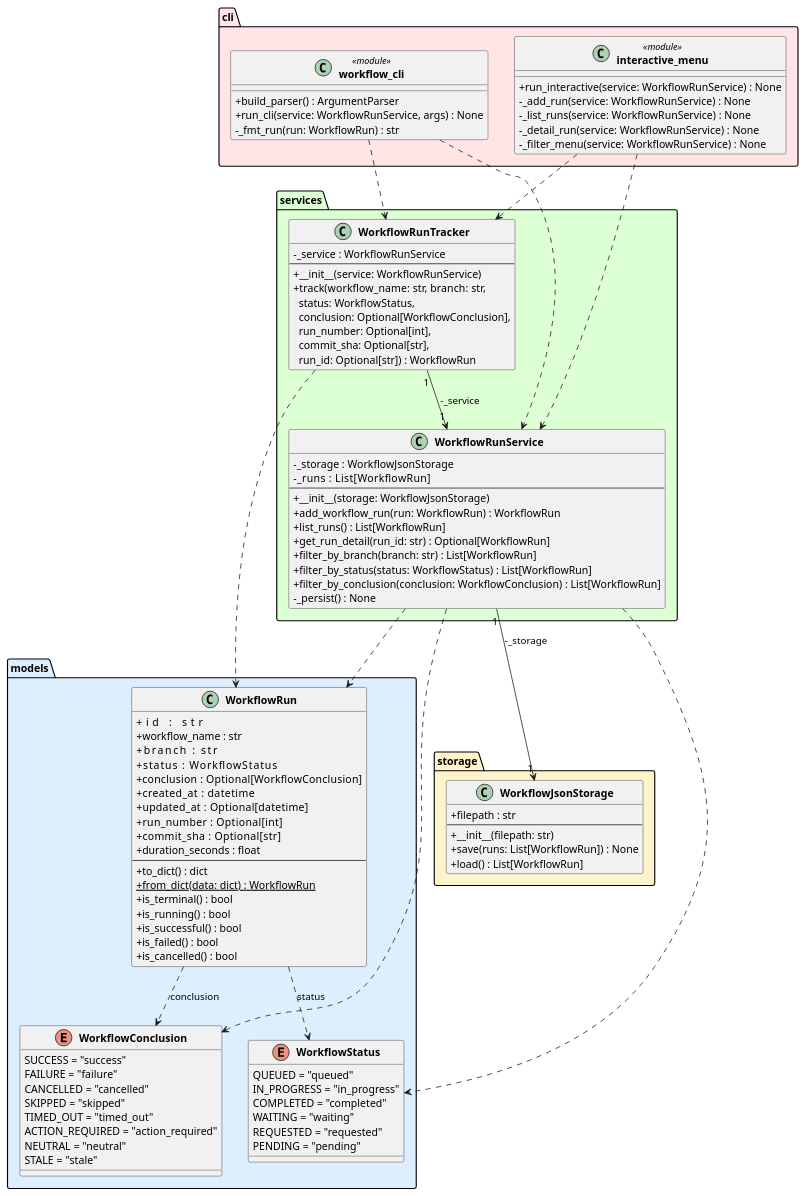
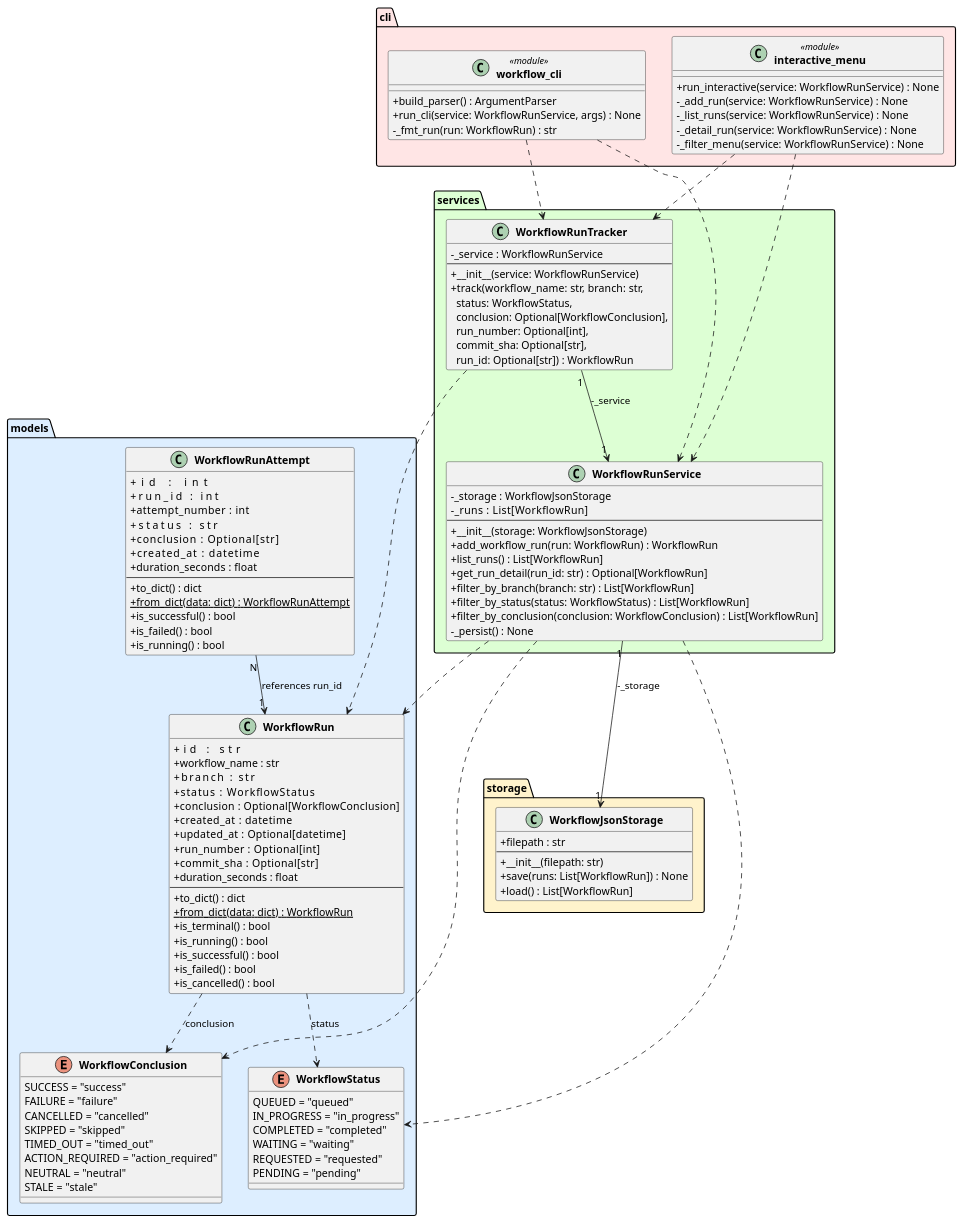
One commit to DanielRiha8906/Software_autoevolution_using_agents changed the diagram in experiments/supervisor_as_tools/structured_text/github-workflow-manager/artifacts/class_diagram.puml. Above: the diagram before and after it, drawn with PlantUML. The commit also changed 4 other files, not shown here.

First line of the commit message:
task 03 | Create WorkflowRunAttempt class with serialization

```diff
--- a/experiments/supervisor_as_tools/structured_text/github-workflow-manager/artifacts/class_diagram.puml
+++ b/experiments/supervisor_as_tools/structured_text/github-workflow-manager/artifacts/class_diagram.puml
@@ -1,111 +1,128 @@
 @startuml class_diagram
 
 skinparam classAttributeIconSize 0
 skinparam classFontStyle bold
 
 package "models" #DDEEFF {
     enum WorkflowStatus {
         QUEUED = "queued"
         IN_PROGRESS = "in_progress"
         COMPLETED = "completed"
         WAITING = "waiting"
         REQUESTED = "requested"
         PENDING = "pending"
     }
 
     enum WorkflowConclusion {
         SUCCESS = "success"
         FAILURE = "failure"
         CANCELLED = "cancelled"
         SKIPPED = "skipped"
         TIMED_OUT = "timed_out"
         ACTION_REQUIRED = "action_required"
         NEUTRAL = "neutral"
         STALE = "stale"
     }
 
     class WorkflowRun {
         +id            : str
         +workflow_name : str
         +branch        : str
         +status        : WorkflowStatus
         +conclusion    : Optional[WorkflowConclusion]
         +created_at    : datetime
         +updated_at    : Optional[datetime]
         +run_number    : Optional[int]
         +commit_sha    : Optional[str]
         +duration_seconds : float
         --
         +to_dict() : dict
         +{static} from_dict(data: dict) : WorkflowRun
         +is_terminal() : bool
         +is_running() : bool
         +is_successful() : bool
         +is_failed() : bool
         +is_cancelled() : bool
+    }
+
+    class WorkflowRunAttempt {
+        +id                : int
+        +run_id            : int
+        +attempt_number    : int
+        +status            : str
+        +conclusion        : Optional[str]
+        +created_at        : datetime
+        +duration_seconds  : float
+        --
+        +to_dict() : dict
+        +{static} from_dict(data: dict) : WorkflowRunAttempt
+        +is_successful() : bool
+        +is_failed() : bool
+        +is_running() : bool
     }
 }
 
 package "storage" #FFF3CC {
     class WorkflowJsonStorage {
         +filepath : str
         --
         +__init__(filepath: str)
         +save(runs: List[WorkflowRun]) : None
         +load() : List[WorkflowRun]
     }
 }
 
 package "services" #DDFFD4 {
     class WorkflowRunService {
         -_storage : WorkflowJsonStorage
         -_runs    : List[WorkflowRun]
         --
         +__init__(storage: WorkflowJsonStorage)
         +add_workflow_run(run: WorkflowRun) : WorkflowRun
         +list_runs() : List[WorkflowRun]
         +get_run_detail(run_id: str) : Optional[WorkflowRun]
         +filter_by_branch(branch: str) : List[WorkflowRun]
         +filter_by_status(status: WorkflowStatus) : List[WorkflowRun]
         +filter_by_conclusion(conclusion: WorkflowConclusion) : List[WorkflowRun]
         -_persist() : None
     }
 
     class WorkflowRunTracker {
         -_service : WorkflowRunService
         --
         +__init__(service: WorkflowRunService)
         +track(workflow_name: str, branch: str,\n  status: WorkflowStatus,\n  conclusion: Optional[WorkflowConclusion],\n  run_number: Optional[int],\n  commit_sha: Optional[str],\n  run_id: Optional[str]) : WorkflowRun
     }
 }
 
 package "cli" #FFE5E5 {
     class "workflow_cli" <<module>> {
         +build_parser() : ArgumentParser
         +run_cli(service: WorkflowRunService, args) : None
         -_fmt_run(run: WorkflowRun) : str
     }
 
     class "interactive_menu" <<module>> {
         +run_interactive(service: WorkflowRunService) : None
         -_add_run(service: WorkflowRunService) : None
         -_list_runs(service: WorkflowRunService) : None
         -_detail_run(service: WorkflowRunService) : None
         -_filter_menu(service: WorkflowRunService) : None
     }
 }
 
 WorkflowRun                ..>  WorkflowStatus        : status
 WorkflowRun                ..>  WorkflowConclusion    : conclusion
+WorkflowRunAttempt    "N" --> "1" WorkflowRun           : references run_id
 WorkflowRunService    "1" --> "1" WorkflowJsonStorage : -_storage
 WorkflowRunService         ..>  WorkflowRun
 WorkflowRunService         ..>  WorkflowStatus
 WorkflowRunService         ..>  WorkflowConclusion
 WorkflowRunTracker    "1" --> "1" WorkflowRunService  : -_service
 WorkflowRunTracker         ..>  WorkflowRun
 "workflow_cli"             ..>  WorkflowRunService
 "workflow_cli"             ..>  WorkflowRunTracker
 "interactive_menu"         ..>  WorkflowRunService
 "interactive_menu"         ..>  WorkflowRunTracker
 
 @enduml
```
